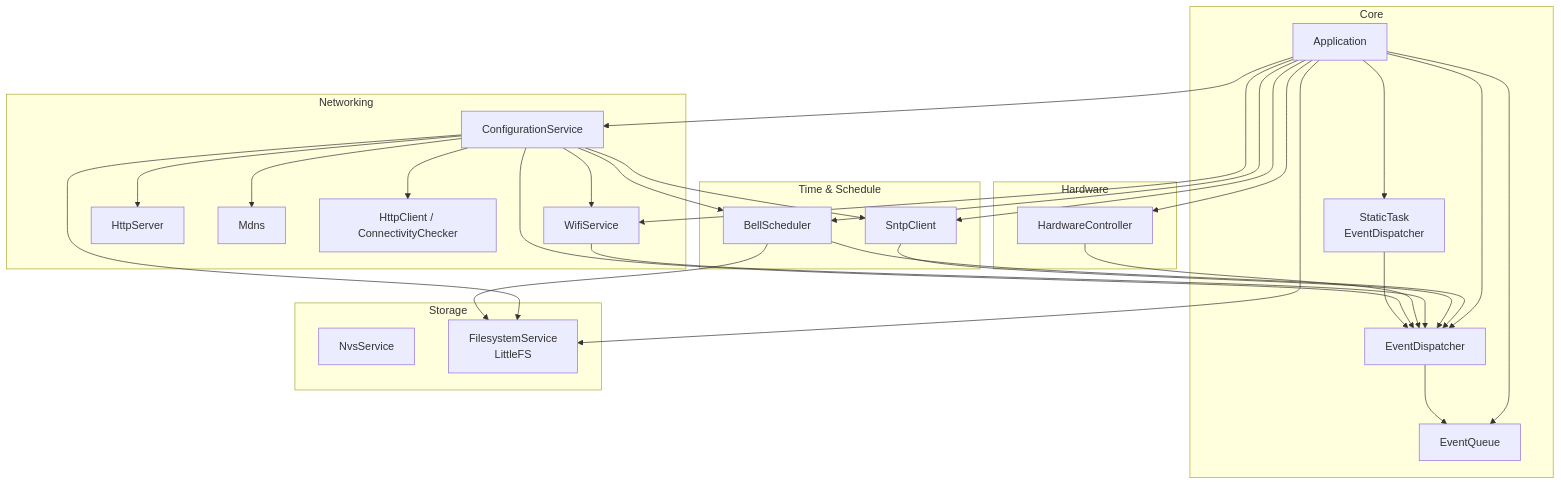
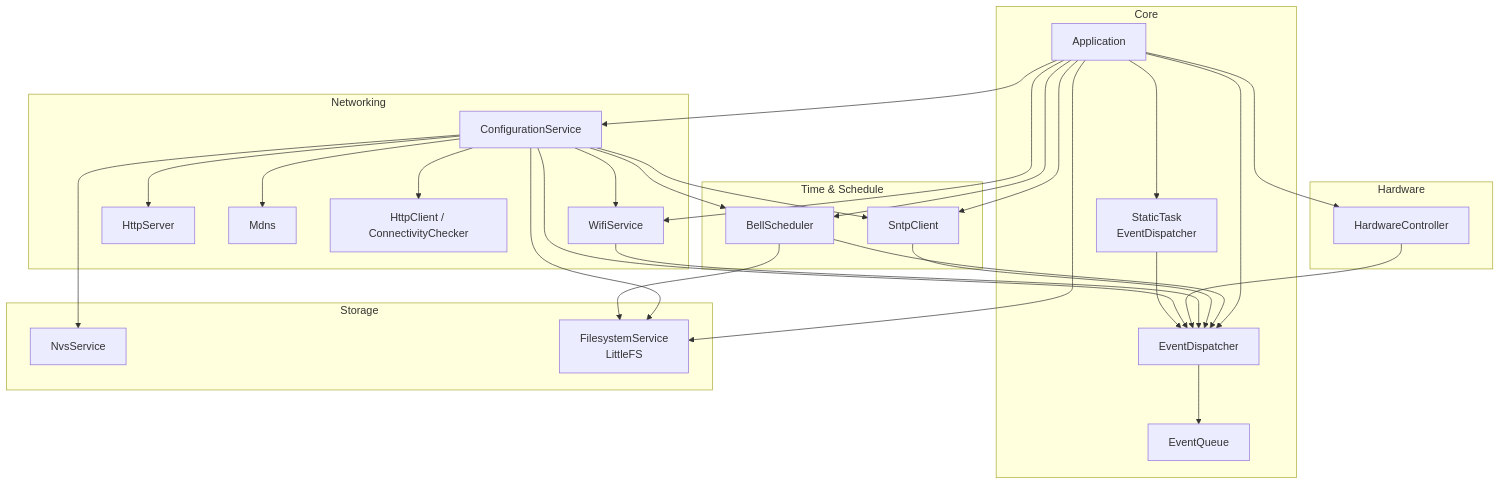
Before and after one commit to FineRelevant/SBS: the first of 3 diagrams in README.md, drawn with Mermaid.

Commit message:
Add Conf to NVS connection in README
Added a new connection from Conf to NVS in the architecture diagram.

````diff
--- a/README.md
+++ b/README.md
@@ -44,59 +44,59 @@
 ```mermaid
 flowchart TB
     subgraph Core
         App[Application]
         EQ[EventQueue]
         ED[EventDispatcher]
         EDTask[StaticTask<br/>EventDispatcher]
     end
 
     subgraph Networking
         Wifi[WifiService]
         Conf[ConfigurationService]
         HttpS[HttpServer]
         Mdns[Mdns]
         HttpC[HttpClient / ConnectivityChecker]
     end
 
     subgraph Time & Schedule
         Sntp[SntpClient]
         Sched[BellScheduler]
     end
 
     subgraph Storage
         NVS[NvsService]
         FS[FilesystemService<br/>LittleFS]
     end
 
     subgraph Hardware
         HW[HardwareController]
     end
 
-    App --> EQ
     App --> ED
     App --> EDTask
     App --> FS
     App --> Sntp
     App --> Sched
     App --> Wifi
     App --> Conf
     App --> HW
 
     Conf --> Wifi
     Conf --> FS
     Conf --> Sntp
     Conf --> Sched
     Conf --> HttpS
     Conf --> Mdns
     Conf --> HttpC
+    Conf --> NVS
 
     Sched --> FS
     Sched --> ED
     Sntp --> ED
     Wifi --> ED
     HW --> ED
     Conf --> ED
 
     ED --> EQ
     EDTask --> ED
 ```
````
